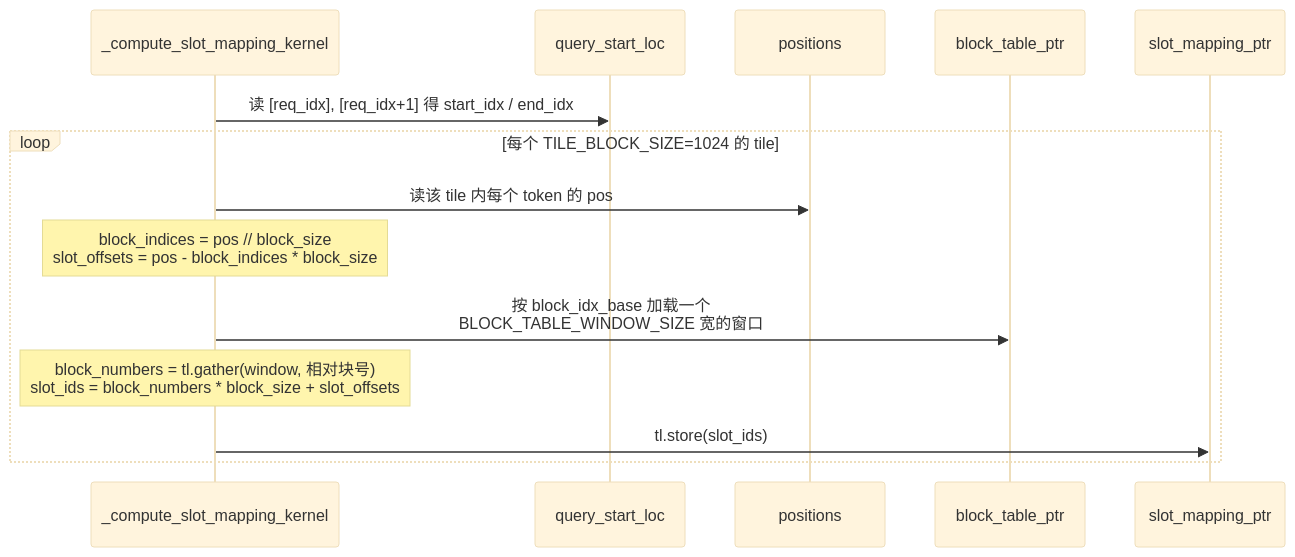
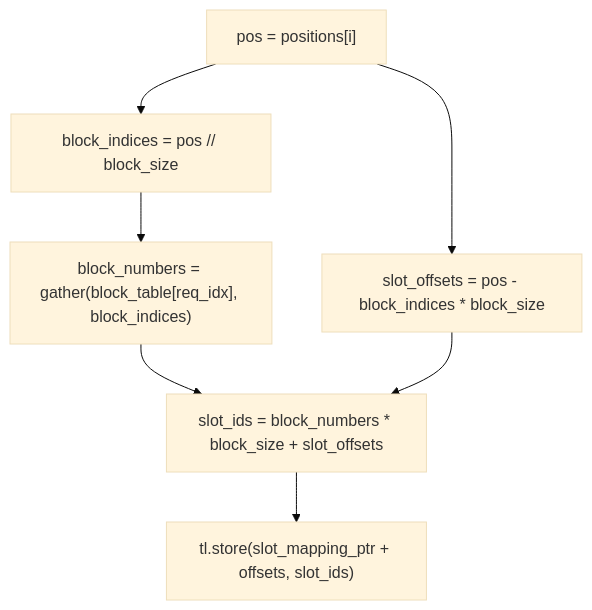
The second of 3 diagrams in wiki/concepts/block-table.md (BailanCaptain/infer-lab), drawn with Mermaid (base theme) before and after one commit. The commit also changed other lines of this file and 30 other files, not shown here.

First line of the commit message:
feat(F001): 11 页按图重写完成——答案从读一页变成读四页并按关系组织

````diff
--- a/wiki/concepts/block-table.md
+++ b/wiki/concepts/block-table.md
@@ -93,16 +103,9 @@
 ```mermaid
-sequenceDiagram
-    participant K as _compute_slot_mapping_kernel
-    participant Q as query_start_loc
-    participant P as positions
-    participant B as block_table_ptr
-    participant S as slot_mapping_ptr
-    K->>Q: 读 [req_idx], [req_idx+1] 得 start_idx / end_idx
-    loop 每个 TILE_BLOCK_SIZE=1024 的 tile
-        K->>P: 读该 tile 内每个 token 的 pos
-        Note over K: block_indices = pos // block_size<br/>slot_offsets = pos - block_indices * block_size
-        K->>B: 按 block_idx_base 加载一个<br/>BLOCK_TABLE_WINDOW_SIZE 宽的窗口
-        Note over K: block_numbers = tl.gather(window, 相对块号)<br/>slot_ids = block_numbers * block_size + slot_offsets
-        K->>S: tl.store(slot_ids)
-    end
+flowchart TD
+  P["pos = positions[i]"] --> BI["block_indices = pos // block_size"]
+  P --> SO["slot_offsets = pos - block_indices * block_size"]
+  BI --> G["block_numbers = gather(block_table[req_idx], block_indices)"]
+  G --> S["slot_ids = block_numbers * block_size + slot_offsets"]
+  SO --> S
+  S --> ST["tl.store(slot_mapping_ptr + offsets, slot_ids)"]
 ```
````
